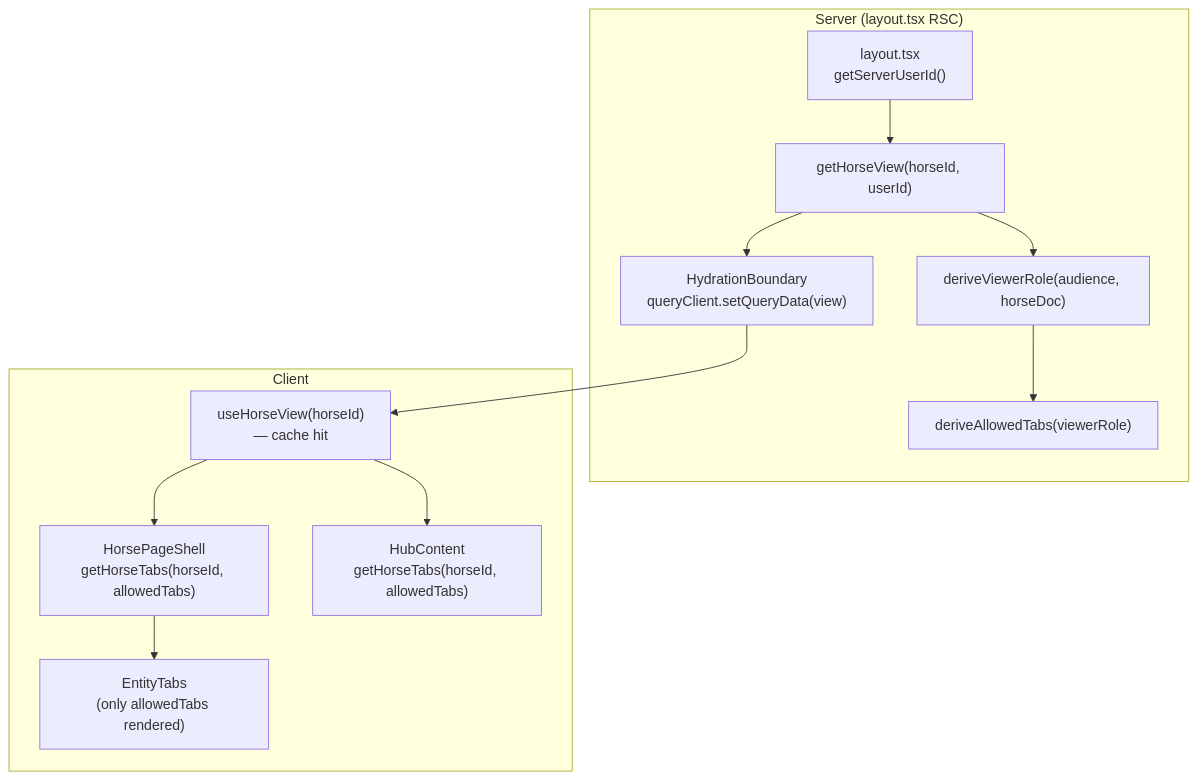
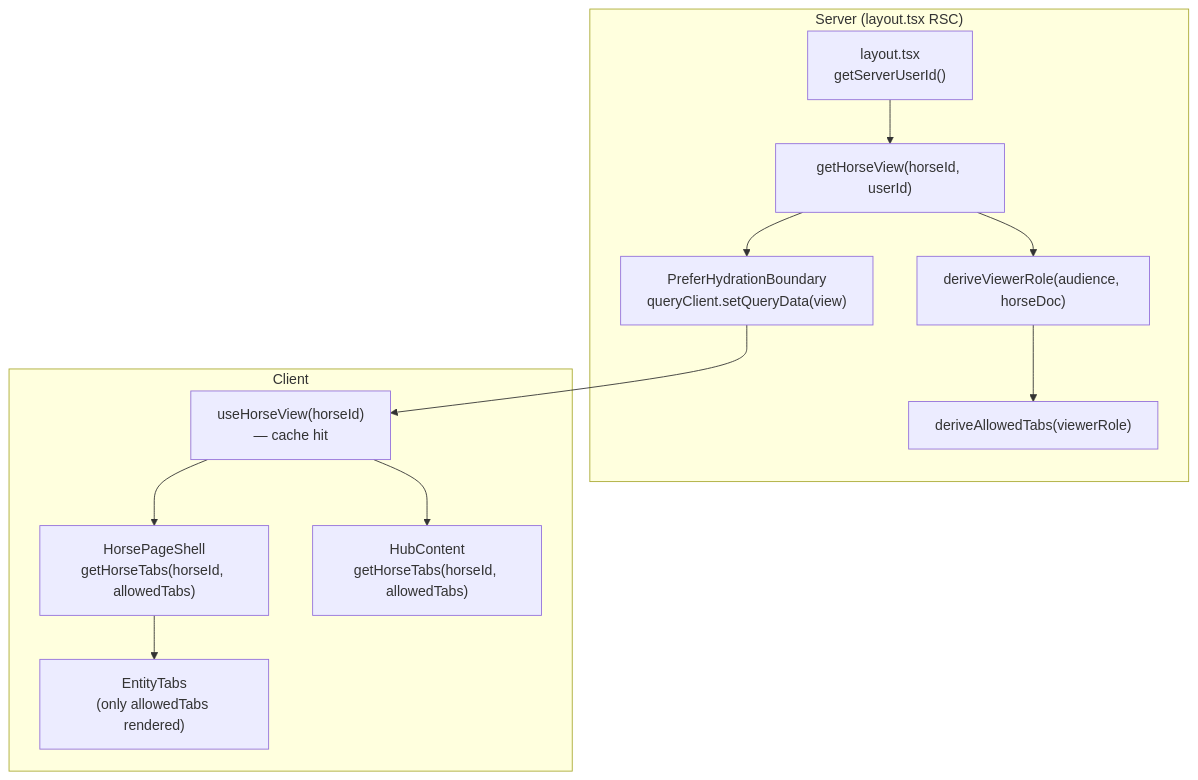
Before and after one commit to jpsm83/horse: the diagram in equus/documentation/page-flow-blueprint.md, drawn with Mermaid. The commit also changed other lines of this file and 51 other files, not shown here.

````diff
--- a/equus/documentation/page-flow-blueprint.md
+++ b/equus/documentation/page-flow-blueprint.md
@@ -273,15 +315,15 @@
 ```mermaid
 flowchart TB
   subgraph server ["Server (layout.tsx RSC)"]
     L["layout.tsx\ngetServerUserId()"] --> SVC["getHorseView(horseId, userId)"]
     SVC --> VR["deriveViewerRole(audience, horseDoc)"]
     VR --> AT["deriveAllowedTabs(viewerRole)"]
-    SVC --> CACHE["HydrationBoundary\nqueryClient.setQueryData(view)"]
+    SVC --> CACHE["PreferHydrationBoundary\nqueryClient.setQueryData(view)"]
   end
   subgraph client ["Client"]
     CACHE --> HV["useHorseView(horseId)\n— cache hit"]
     HV --> SHELL["HorsePageShell\ngetHorseTabs(horseId, allowedTabs)"]
     HV --> HUB["HubContent\ngetHorseTabs(horseId, allowedTabs)"]
     SHELL --> TABS["EntityTabs\n(only allowedTabs rendered)"]
   end
 ```
````
